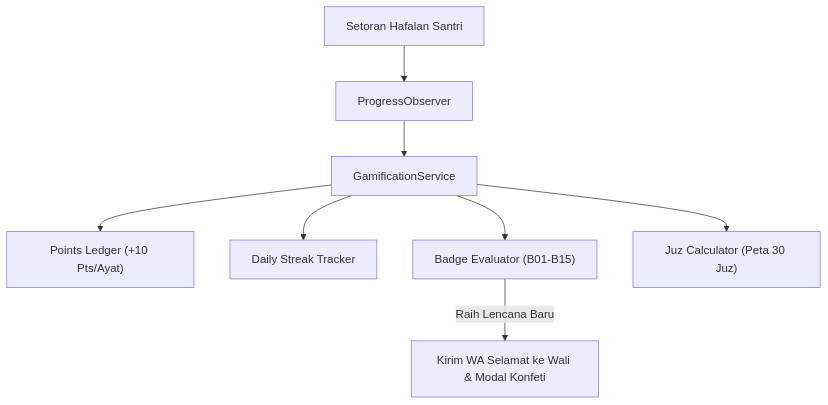
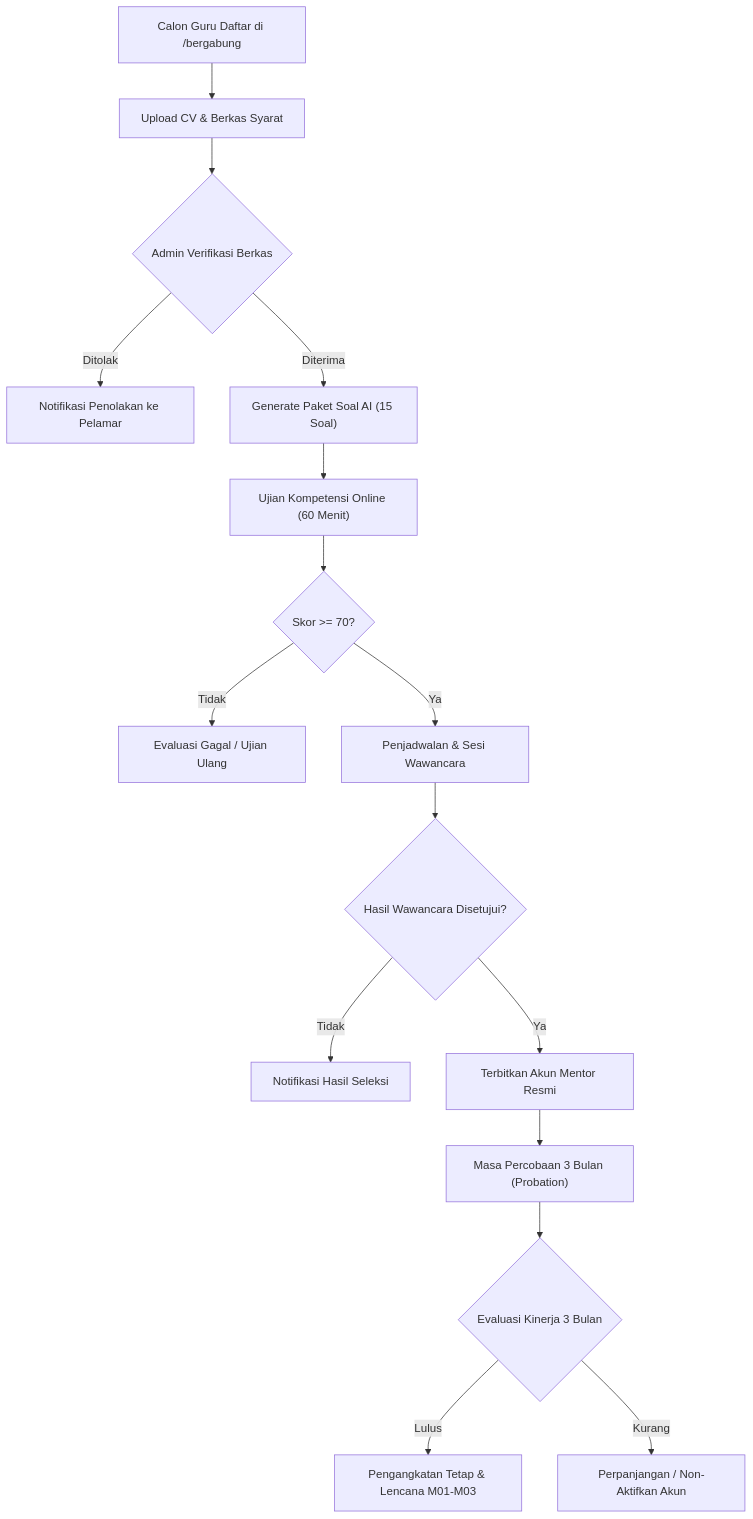
The second of 3 diagrams in tentang.md (MasDan-stack/al-hikmah-lms), drawn with Mermaid before and after one commit. The commit also changed other lines of this file and 68 other files, not shown here.

Commit message:
feat: complete v8.3 mentor recruitment, probation tracking, multi-provider AI generator, mentor leave & substitute management, and cleanup docs

````diff
--- a/tentang.md
+++ b/tentang.md
@@ -140,10 +123,18 @@
 ```mermaid
 graph TD
-    A["Setoran Hafalan Santri"] --> B["ProgressObserver"]
-    B --> C["GamificationService"]
-    C --> D["Points Ledger (+10 Pts/Ayat)"]
-    C --> E["Daily Streak Tracker"]
-    C --> F["Badge Evaluator (B01-B15)"]
-    C --> G["Juz Calculator (Peta 30 Juz)"]
-    F -->|"Raih Lencana Baru"| H["Kirim WA Selamat ke Wali & Modal Konfeti"]
+    A["Calon Guru Daftar di /bergabung"] --> B["Upload CV & Berkas Syarat"]
+    B --> C{"Admin Verifikasi Berkas"}
+    C -->|"Ditolak"| D["Notifikasi Penolakan ke Pelamar"]
+    C -->|"Diterima"| E["Generate Paket Soal AI (15 Soal)"]
+    E --> F["Ujian Kompetensi Online (60 Menit)"]
+    F --> G{"Skor >= 70?"}
+    G -->|"Tidak"| H["Evaluasi Gagal / Ujian Ulang"]
+    G -->|"Ya"| I["Penjadwalan & Sesi Wawancara"]
+    I --> J{"Hasil Wawancara Disetujui?"}
+    J -->|"Tidak"| K["Notifikasi Hasil Seleksi"]
+    J -->|"Ya"| L["Terbitkan Akun Mentor Resmi"]
+    L --> M["Masa Percobaan 3 Bulan (Probation)"]
+    M --> N{"Evaluasi Kinerja 3 Bulan"}
+    N -->|"Lulus"| O["Pengangkatan Tetap & Lencana M01-M03"]
+    N -->|"Kurang"| P["Perpanjangan / Non-Aktifkan Akun"]
 ```
````
